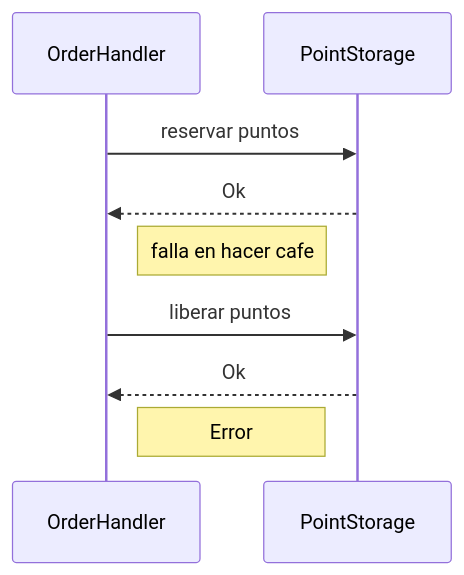
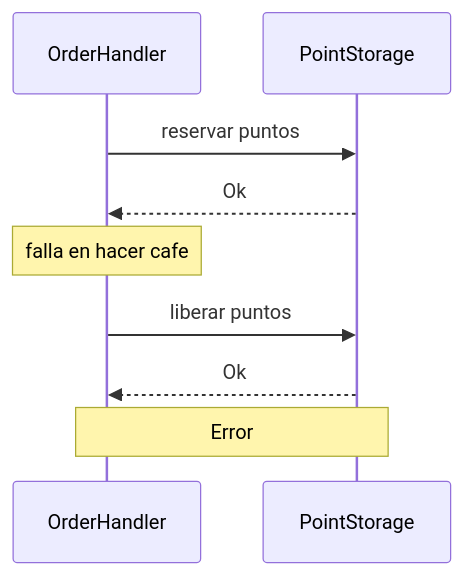
Before and after one commit to FacuMastri/concurrentes-tp2: the fourth of 11 diagrams in README.md, drawn with Mermaid. The commit also changed other lines of this file, not shown here.

````diff
--- a/README.md
+++ b/README.md
@@ -128,15 +130,15 @@
 ```mermaid
 sequenceDiagram
   participant oh as OrderHandler
   participant ps as PointStorage
 
   oh ->> ps: reservar puntos
   ps -->> oh: Ok
 
-  note right of oh: falla en hacer cafe
+  note over oh: falla en hacer cafe
 
   oh ->> ps: liberar puntos
   ps -->> oh: Ok
 
-  note right of oh: Error
+  note over oh,ps: Error
 ```
````
